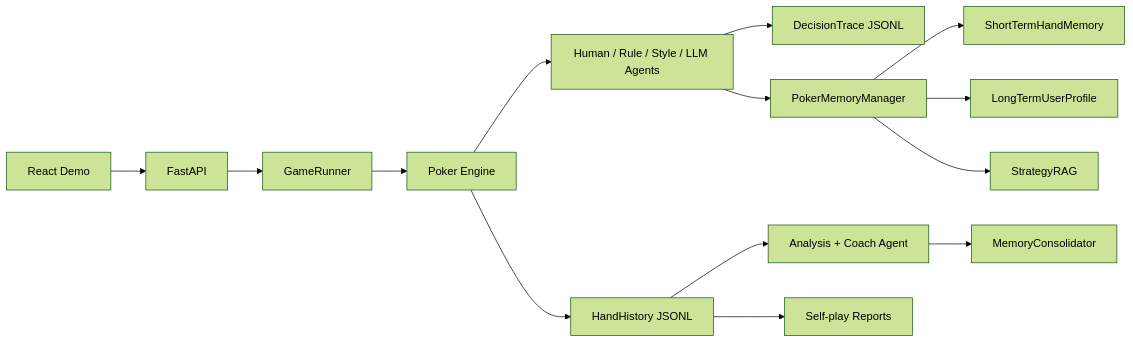
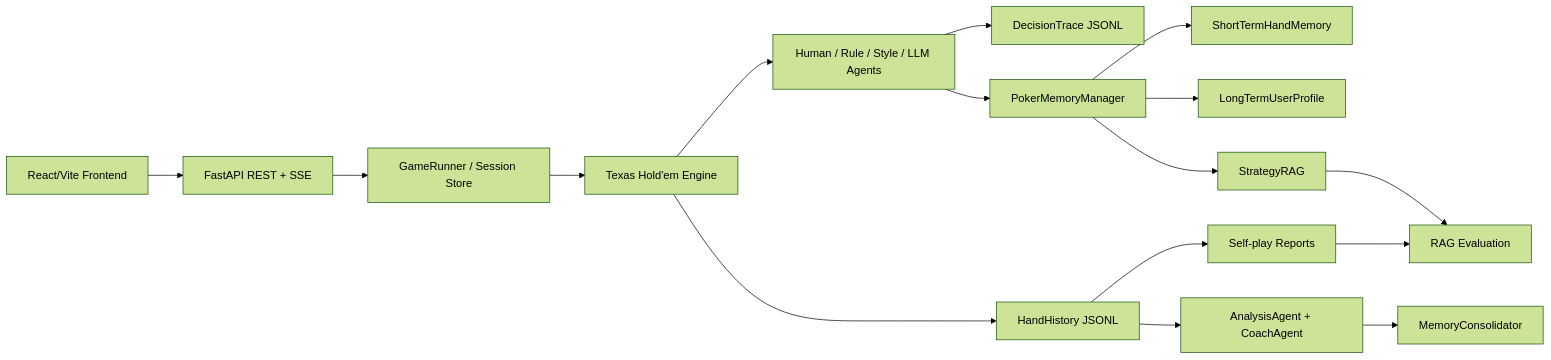
Before and after one commit to King-zege/PokerAgentLab: the diagram in README.zh-CN.md, drawn with Mermaid (forest theme). The commit also changed other lines of this file and 1 other file, not shown here.

````diff
--- a/README.zh-CN.md
+++ b/README.zh-CN.md
@@ -18,16 +34,18 @@
 ```mermaid
 flowchart LR
-  UI["React Demo"] --> API["FastAPI"]
-  API --> Runner["GameRunner"]
-  Runner --> Engine["Poker Engine"]
+  UI["React/Vite Frontend"] --> API["FastAPI REST + SSE"]
+  API --> Runner["GameRunner / Session Store"]
+  Runner --> Engine["Texas Hold'em Engine"]
   Engine --> Agents["Human / Rule / Style / LLM Agents"]
   Agents --> Trace["DecisionTrace JSONL"]
   Engine --> History["HandHistory JSONL"]
   Agents --> Memory["PokerMemoryManager"]
   Memory --> ShortTerm["ShortTermHandMemory"]
   Memory --> Profile["LongTermUserProfile"]
   Memory --> Strategy["StrategyRAG"]
-  History --> Coach["Analysis + Coach Agent"]
+  History --> Coach["AnalysisAgent + CoachAgent"]
   Coach --> Consolidator["MemoryConsolidator"]
   History --> Experiments["Self-play Reports"]
+  Strategy --> Evaluation["RAG Evaluation"]
+  Experiments --> Evaluation
 ```
````
